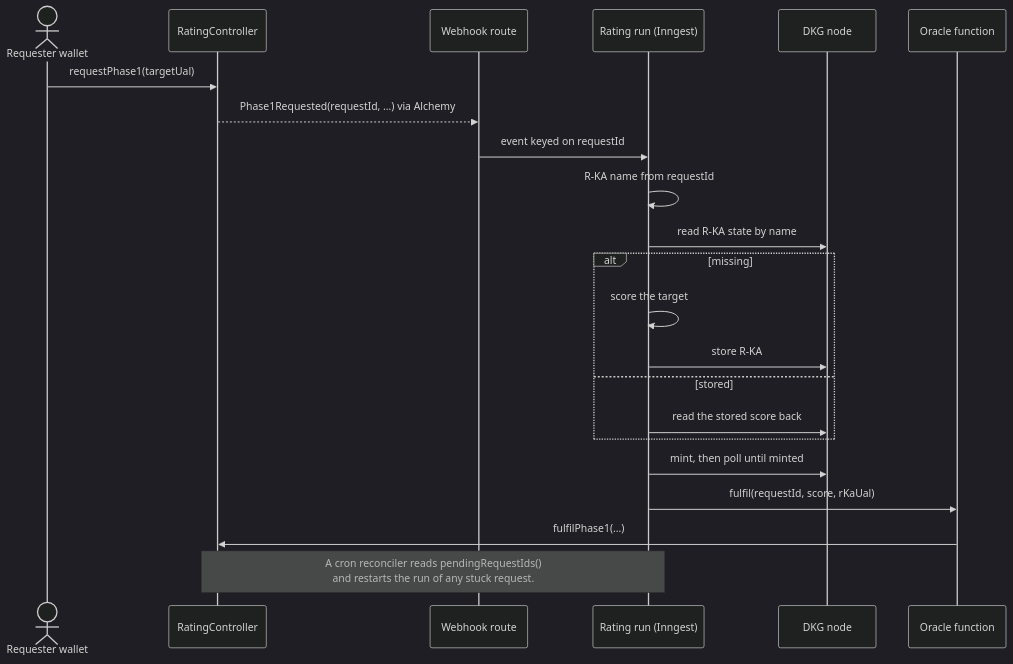
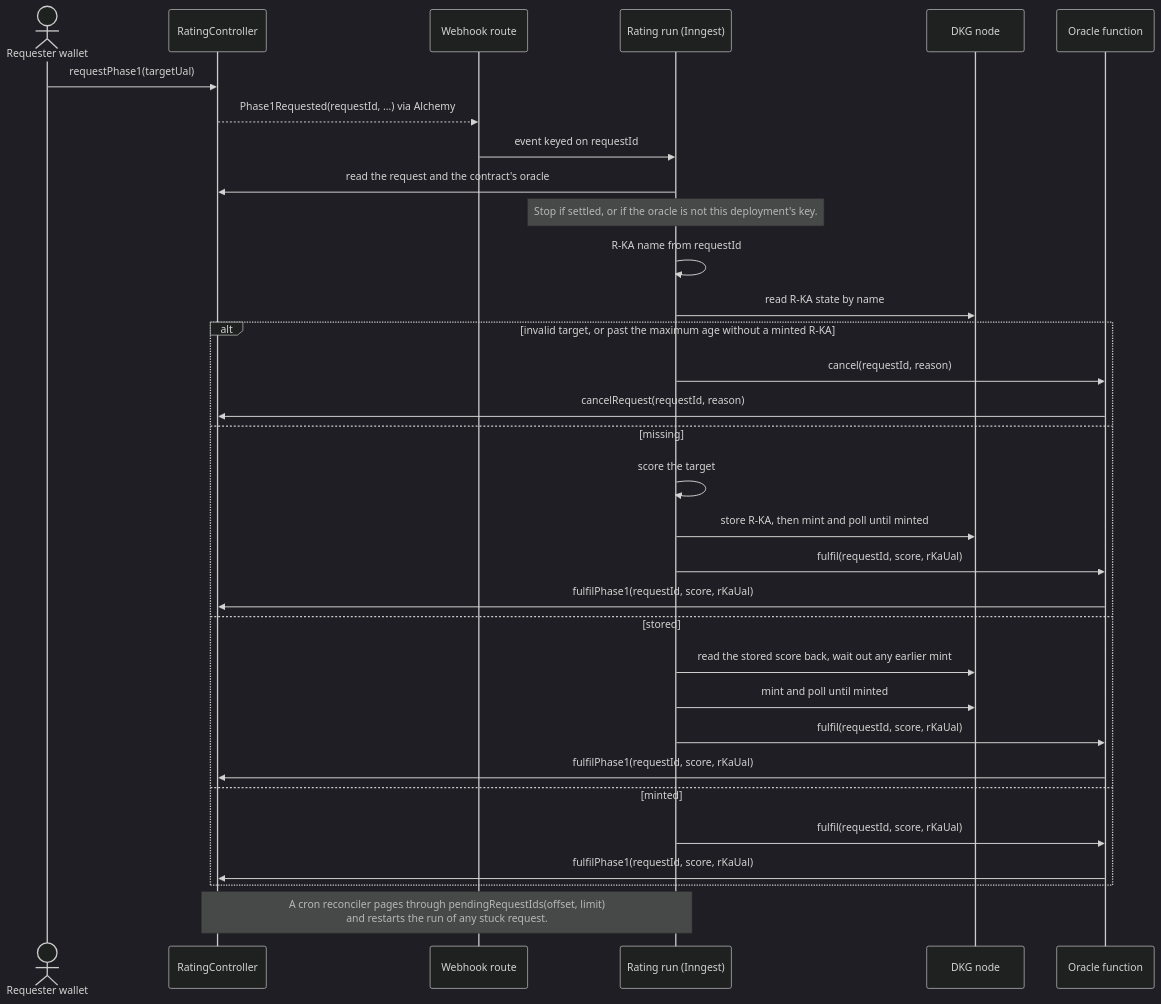
One commit to SiegfriedBz/verisci changed the second of 3 diagrams in README.md. Above: the diagram before and after it, drawn with Mermaid (dark theme). The commit also changed other lines of this file, not shown here.

First line of the commit message:
docs: align the architecture diagrams with the adrs

````diff
--- a/README.md
+++ b/README.md
@@ -78,24 +83,34 @@
 ```mermaid
 sequenceDiagram
   actor U as Requester wallet
   participant C as RatingController
   participant W as Webhook route
   participant R as Rating run (Inngest)
   participant N as DKG node
   participant O as Oracle function
   U->>C: requestPhase1(targetUal)
   C-->>W: Phase1Requested(requestId, …) via Alchemy
   W->>R: event keyed on requestId
+  R->>C: read the request and the contract's oracle
+  Note over R: Stop if settled, or if the oracle is not this deployment's key.
   R->>R: R-KA name from requestId
   R->>N: read R-KA state by name
-  alt missing
+  alt invalid target, or past the maximum age without a minted R-KA
+    R->>O: cancel(requestId, reason)
+    O->>C: cancelRequest(requestId, reason)
+  else missing
     R->>R: score the target
-    R->>N: store R-KA
+    R->>N: store R-KA, then mint and poll until minted
+    R->>O: fulfil(requestId, score, rKaUal)
+    O->>C: fulfilPhase1(requestId, score, rKaUal)
   else stored
-    R->>N: read the stored score back
+    R->>N: read the stored score back, wait out any earlier mint
+    R->>N: mint and poll until minted
+    R->>O: fulfil(requestId, score, rKaUal)
+    O->>C: fulfilPhase1(requestId, score, rKaUal)
+  else minted
+    R->>O: fulfil(requestId, score, rKaUal)
+    O->>C: fulfilPhase1(requestId, score, rKaUal)
   end
-  R->>N: mint, then poll until minted
-  R->>O: fulfil(requestId, score, rKaUal)
-  O->>C: fulfilPhase1(...)
-  Note over C,R: A cron reconciler reads pendingRequestIds()<br/>and restarts the run of any stuck request.
+  Note over C,R: A cron reconciler pages through pendingRequestIds(offset, limit)<br/>and restarts the run of any stuck request.
 ```
````
